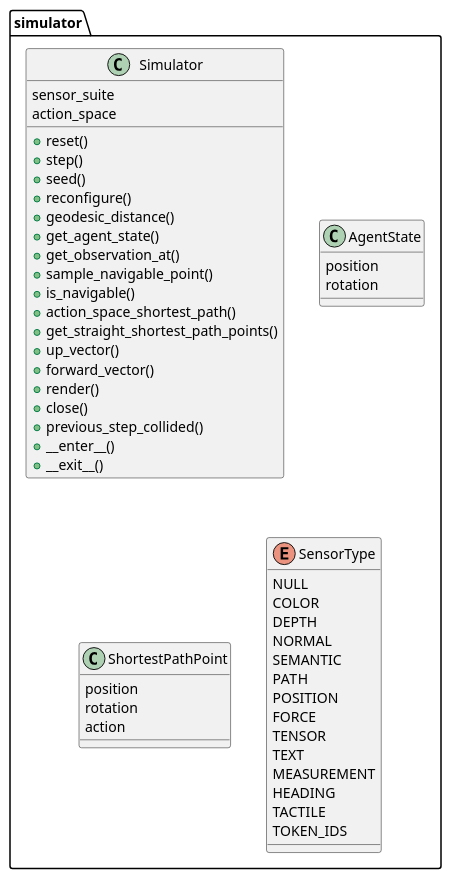
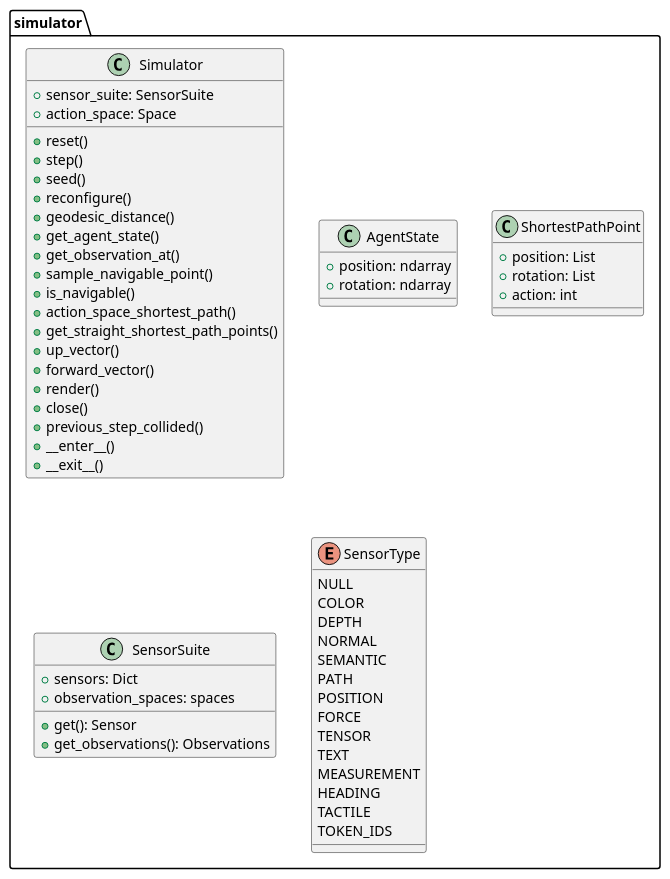
One commit to againxx/Notes changed the fourth of 8 diagrams in Projects/Scanbot/habitat_lab.md. Above: the diagram before and after it, drawn with PlantUML. The commit also changed other lines of this file, not shown here.

````diff
--- a/Projects/Scanbot/habitat_lab.md
+++ b/Projects/Scanbot/habitat_lab.md
@@ -69,55 +69,62 @@
 ```plantuml
 package simulator {
     class Simulator {
-        sensor_suite
-        action_space
+        +sensor_suite: SensorSuite
+        +action_space: Space
 
         +reset()
         +step()
         +seed()
         +reconfigure()
         +geodesic_distance()
         +get_agent_state()
         +get_observation_at()
         +sample_navigable_point()
         +is_navigable()
         +action_space_shortest_path()
         +get_straight_shortest_path_points()
         +up_vector()
         +forward_vector()
         +render()
         +close()
         +previous_step_collided()
         +__enter__()
         +__exit__()
     }
 
     class AgentState {
-        position
-        rotation
+        +position: ndarray
+        +rotation: ndarray
     }
 
     class ShortestPathPoint {
-        position
-        rotation
-        action
+        +position: List
+        +rotation: List
+        +action: int
+    }
+
+    class SensorSuite {
+        +sensors: Dict
+        +observation_spaces: spaces
+        +get(): Sensor
+        +get_observations(): Observations
     }
 
     enum SensorType {
         NULL
         COLOR
         DEPTH
         NORMAL
         SEMANTIC
         PATH
         POSITION
         FORCE
         TENSOR
         TEXT
         MEASUREMENT
         HEADING
         TACTILE
         TOKEN_IDS
     }
 }
 ```
````
